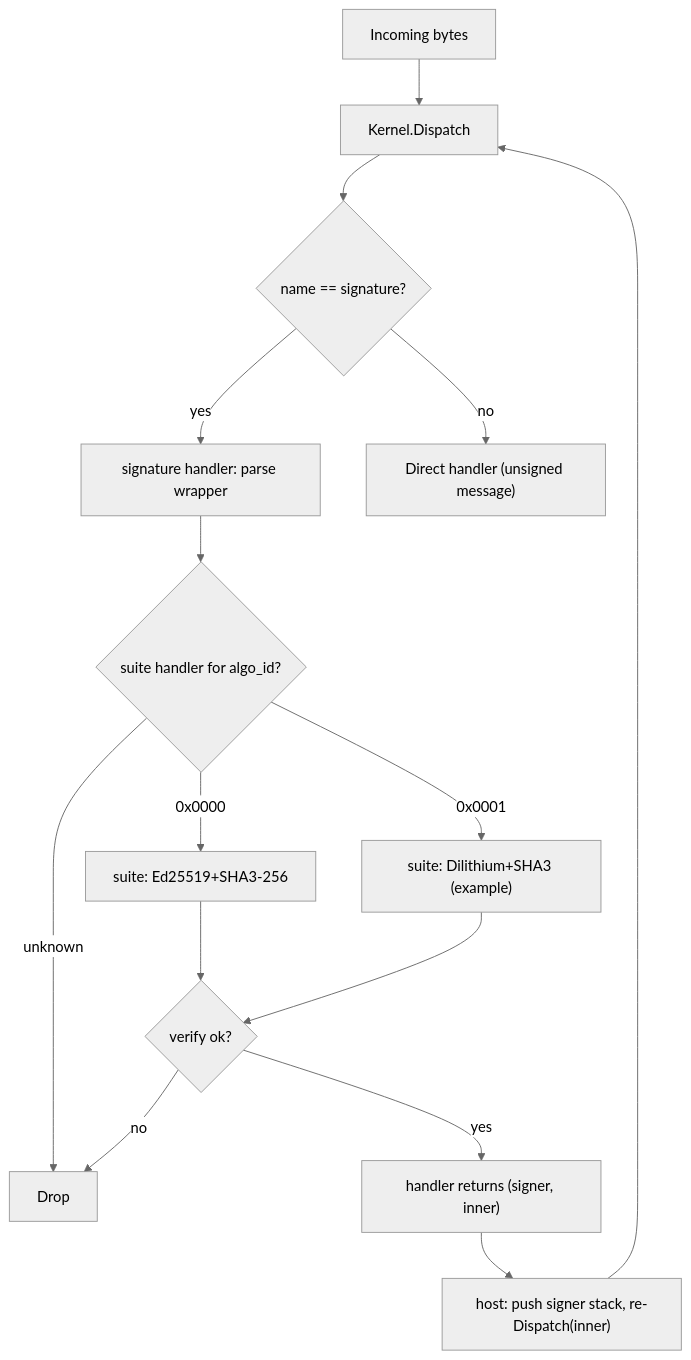
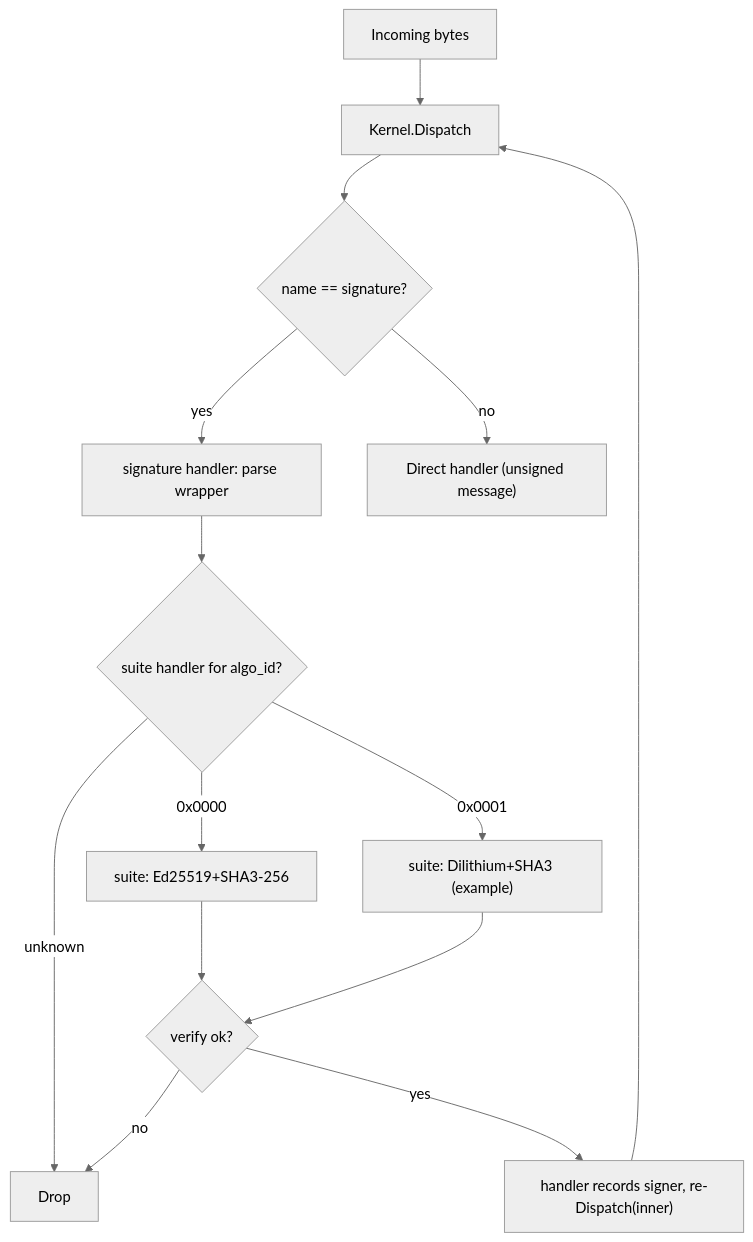
Before and after one commit to arj03/seedkernel: the second of 2 diagrams in README.md, drawn with Mermaid (neutral theme). The commit also changed other lines of this file and 15 other files, not shown here.

````diff
--- a/README.md
+++ b/README.md
@@ -357,17 +357,16 @@
 ```mermaid
 flowchart TD
     MSG["Incoming bytes"] --> KERNEL["Kernel.Dispatch"]
     KERNEL --> NAME{"name == signature?"}
     NAME -->|"yes"| WRAP["signature handler: parse wrapper"]
     NAME -->|"no"| INNER["Direct handler (unsigned message)"]
     WRAP --> LOOKUP{"suite handler for algo_id?"}
     LOOKUP -->|"0x0000"| NATIVE["suite: Ed25519+SHA3-256"]
     LOOKUP -->|"0x0001"| WASM1["suite: Dilithium+SHA3 (example)"]
     LOOKUP -->|"unknown"| DROP["Drop"]
     NATIVE --> VERIFY{"verify ok?"}
     WASM1 --> VERIFY
     VERIFY -->|"no"| DROP
-    VERIFY -->|"yes"| RETURN["handler returns (signer, inner)"]
-    RETURN --> REDISP["host: push signer stack, re-Dispatch(inner)"]
-    REDISP --> KERNEL
+    VERIFY -->|"yes"| RECORD["handler records signer, re-Dispatch(inner)"]
+    RECORD --> KERNEL
 ```
````
